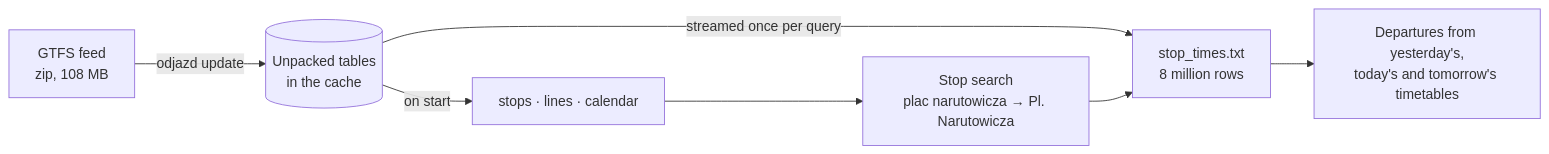
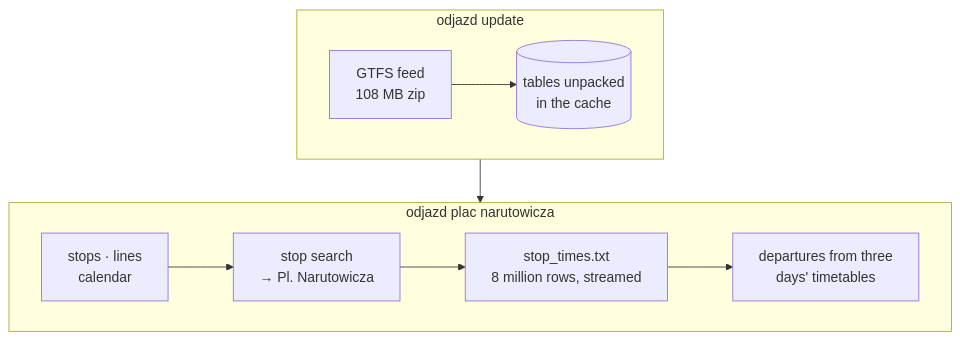
One commit to bar2sh/odjazd changed the diagram in README.md. Above: the diagram before and after it, drawn with Mermaid.

Commit message:
Make the README diagram readable at page width
The left-to-right flowchart was six boxes wide, so GitHub shrank its
text to about 8 px. Two rows, one per command, fit at full size.

````diff
--- a/README.md
+++ b/README.md
@@ -65,9 +65,14 @@
 ```mermaid
-flowchart LR
-    zip["GTFS feed<br/>zip, 108 MB"] -->|odjazd update| cache[("Unpacked tables<br/>in the cache")]
-    cache -->|on start| small["stops · lines · calendar"]
-    small --> search["Stop search<br/>plac narutowicza → Pl. Narutowicza"]
-    cache -->|streamed once per query| scan["stop_times.txt<br/>8 million rows"]
-    search --> scan
-    scan --> board["Departures from yesterday's,<br/>today's and tomorrow's timetables"]
+flowchart TB
+    subgraph update ["odjazd update"]
+        direction LR
+        feed["GTFS feed<br/>108 MB zip"] --> cache[("tables unpacked<br/>in the cache")]
+    end
+    subgraph query ["odjazd plac narutowicza"]
+        direction LR
+        small["stops · lines<br/>calendar"] --> search["stop search<br/>→ Pl. Narutowicza"]
+        search --> scan["stop_times.txt<br/>8 million rows, streamed"]
+        scan --> board["departures from three<br/>days' timetables"]
+    end
+    update --> query
 ```
````
